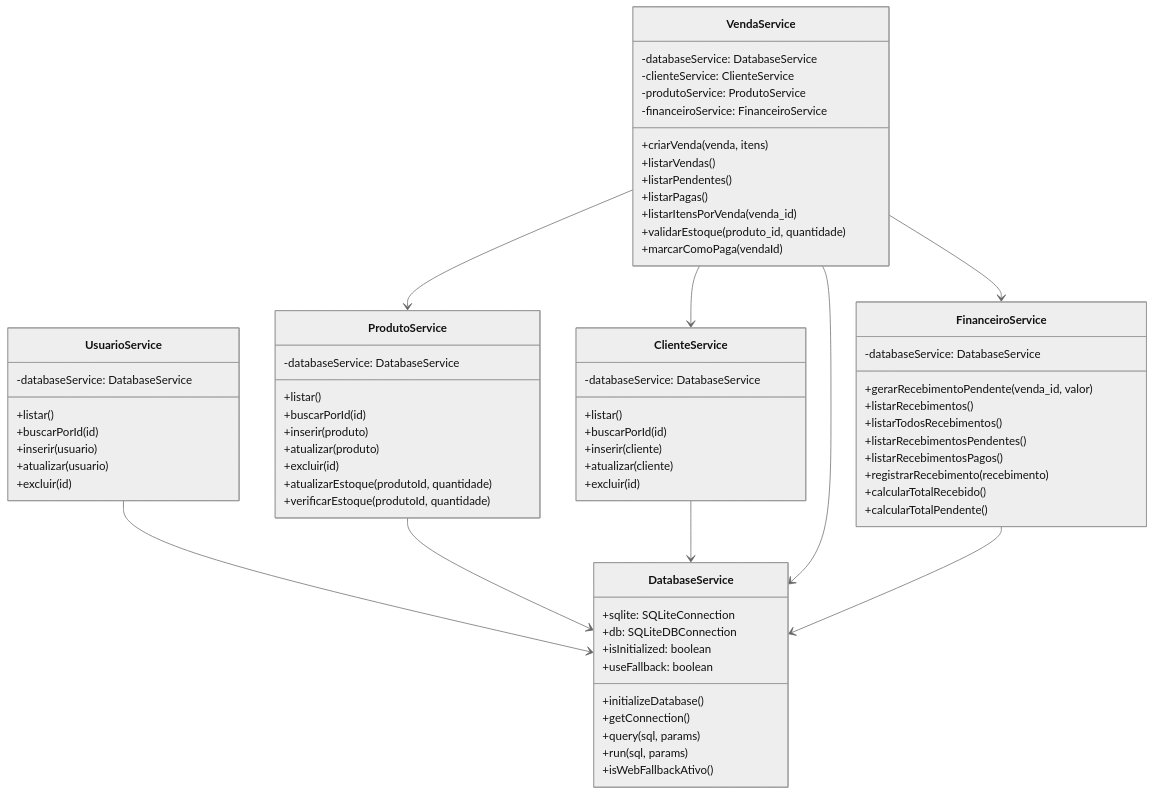
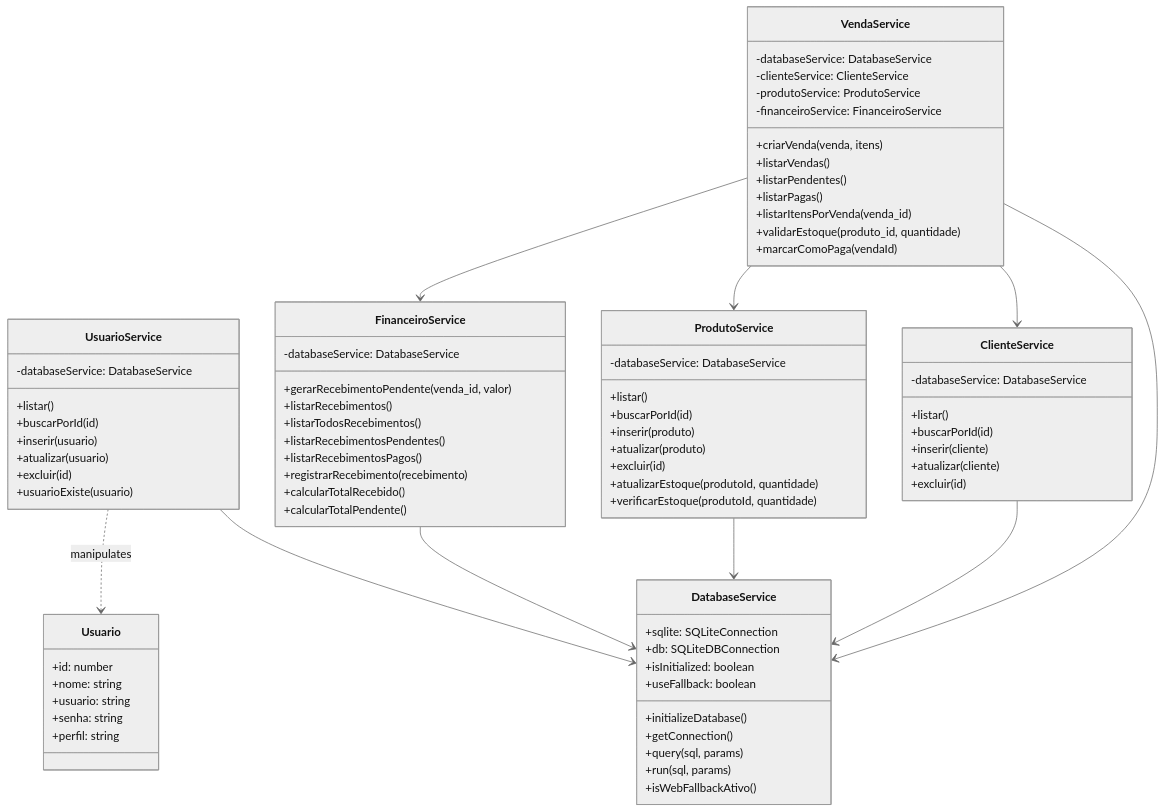
The fourth of 9 diagrams in README.md (EduardoHenrrykSimonato/sistema-gestao-comercial), drawn with Mermaid (neutral theme) before and after one commit. The commit also changed other lines of this file and 16 other files, not shown here.

````diff
--- a/README.md
+++ b/README.md
@@ -191,5 +196,13 @@
 ```mermaid
 classDiagram
+    class Usuario {
+        +id: number
+        +nome: string
+        +usuario: string
+        +senha: string
+        +perfil: string
+    }
+
     class DatabaseService {
         +sqlite: SQLiteConnection
         +db: SQLiteDBConnection
@@ -209,6 +222,7 @@
         +inserir(usuario)
         +atualizar(usuario)
         +excluir(id)
+        +usuarioExiste(usuario)
     }
 
     class ProdutoService {
@@ -258,6 +272,7 @@
     }
 
     UsuarioService --> DatabaseService
+    UsuarioService ..> Usuario : manipulates
     ProdutoService --> DatabaseService
     ClienteService --> DatabaseService
     VendaService --> DatabaseService
````
